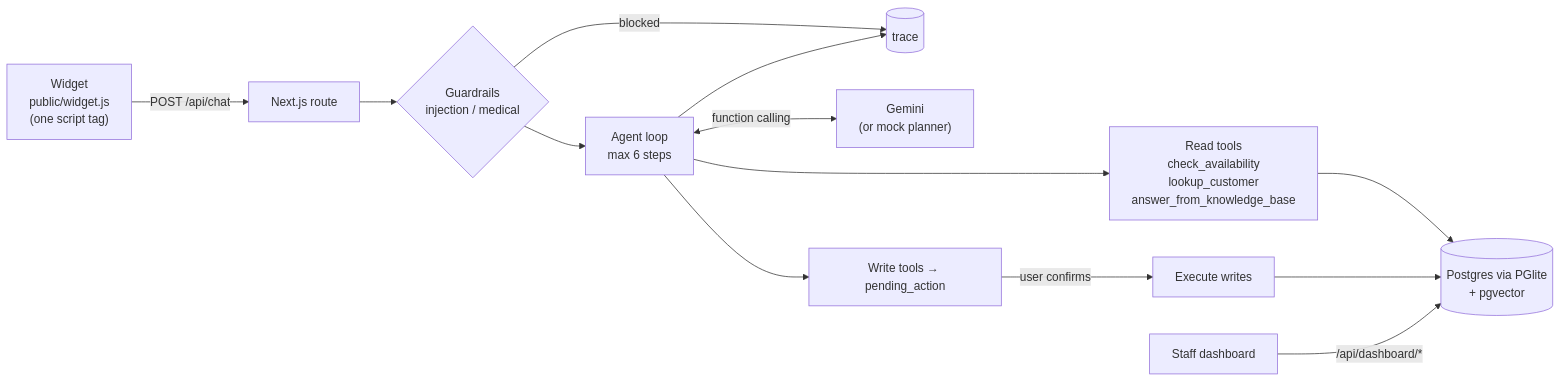
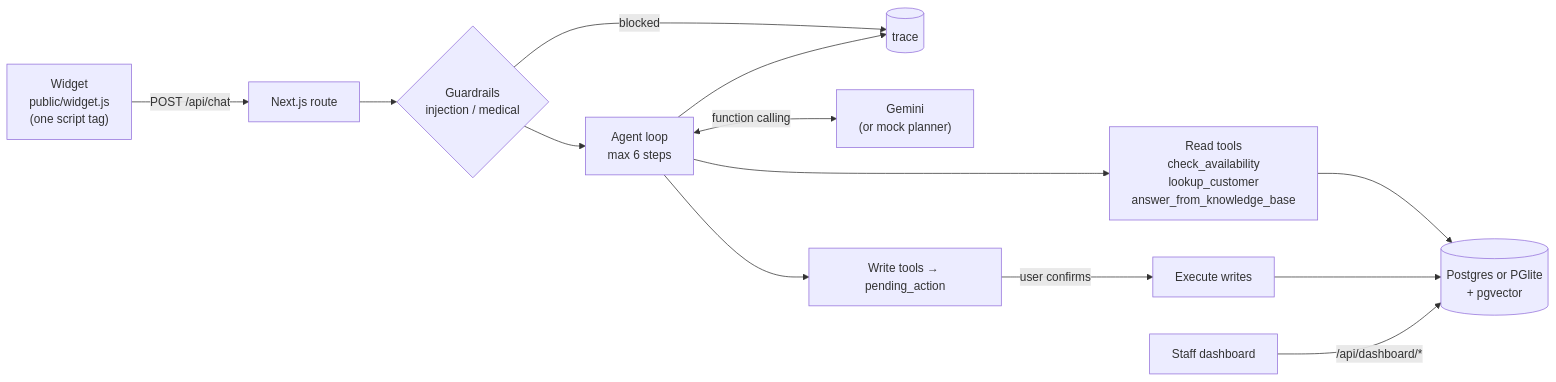
The diagram in README.md (MaeenAlganimi/ai-front-desk-concierge), drawn with Mermaid before and after one commit. The commit also changed other lines of this file and 26 other files, not shown here.

First line of the commit message:
feat: staff auth, hosted Postgres (DATABASE_URL, Neon/pg) with PGlite fallback, per-business timezones

````diff
--- a/README.md
+++ b/README.md
@@ -22,14 +22,14 @@
 ```mermaid
 flowchart LR
   W["Widget<br/>public/widget.js<br/>(one script tag)"] -->|POST /api/chat| API[Next.js route]
   API --> G{Guardrails<br/>injection / medical}
   G -->|blocked| T[(trace)]
   G --> L[Agent loop<br/>max 6 steps]
   L <-->|function calling| LLM["Gemini<br/>(or mock planner)"]
   L --> R[Read tools<br/>check_availability<br/>lookup_customer<br/>answer_from_knowledge_base]
   L --> P[Write tools → pending_action]
   P -->|user confirms| X[Execute writes]
-  R & X --> DB[(Postgres via PGlite<br/>+ pgvector)]
+  R & X --> DB[(Postgres or PGlite<br/>+ pgvector)]
   L --> T
   D[Staff dashboard] -->|/api/dashboard/*| DB
 ```
````
